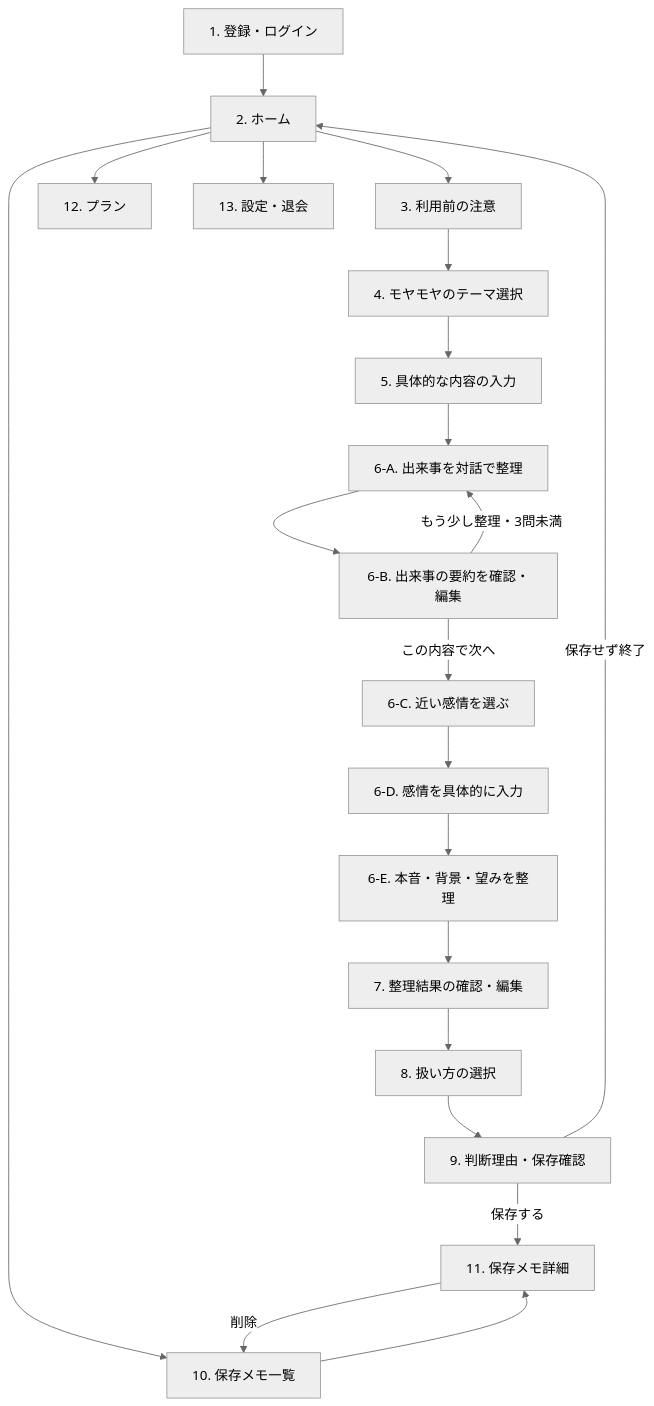
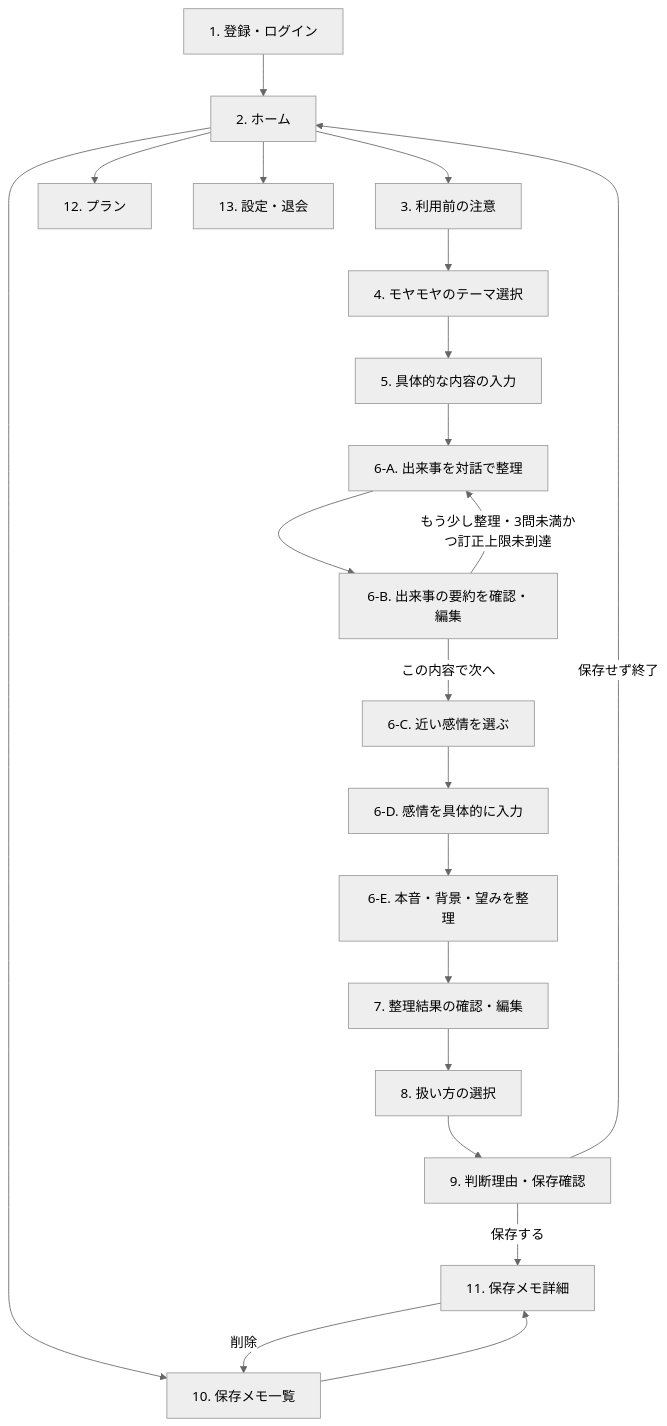
The diagram in issue-review/porori-mvp-wireframes.md (ms-engineer-bc26-05/Section9_TeamD), drawn with Mermaid (neutral theme) before and after one commit. The commit also changed other lines of this file and 2 other files, not shown here.

````diff
--- a/issue-review/porori-mvp-wireframes.md
+++ b/issue-review/porori-mvp-wireframes.md
@@ -47,23 +47,23 @@
 ```mermaid
 flowchart TD
     A[1. 登録・ログイン] --> B[2. ホーム]
     B --> C[3. 利用前の注意]
     C --> D[4. モヤモヤのテーマ選択]
     D --> E[5. 具体的な内容の入力]
     E --> F1[6-A. 出来事を対話で整理]
     F1 --> F2[6-B. 出来事の要約を確認・編集]
     F2 -->|この内容で次へ| F3[6-C. 近い感情を選ぶ]
-    F2 -->|もう少し整理・3問未満| F1
+    F2 -->|もう少し整理・3問未満かつ訂正上限未到達| F1
     F3 --> F4[6-D. 感情を具体的に入力]
     F4 --> F5[6-E. 本音・背景・望みを整理]
     F5 --> G[7. 整理結果の確認・編集]
     G --> H[8. 扱い方の選択]
     H --> I[9. 判断理由・保存確認]
     I -->|保存する| K[11. 保存メモ詳細]
     I -->|保存せず終了| B
     B --> J[10. 保存メモ一覧]
     J --> K
     K -->|削除| J
     B --> L[12. プラン]
     B --> M[13. 設定・退会]
 ```
````
